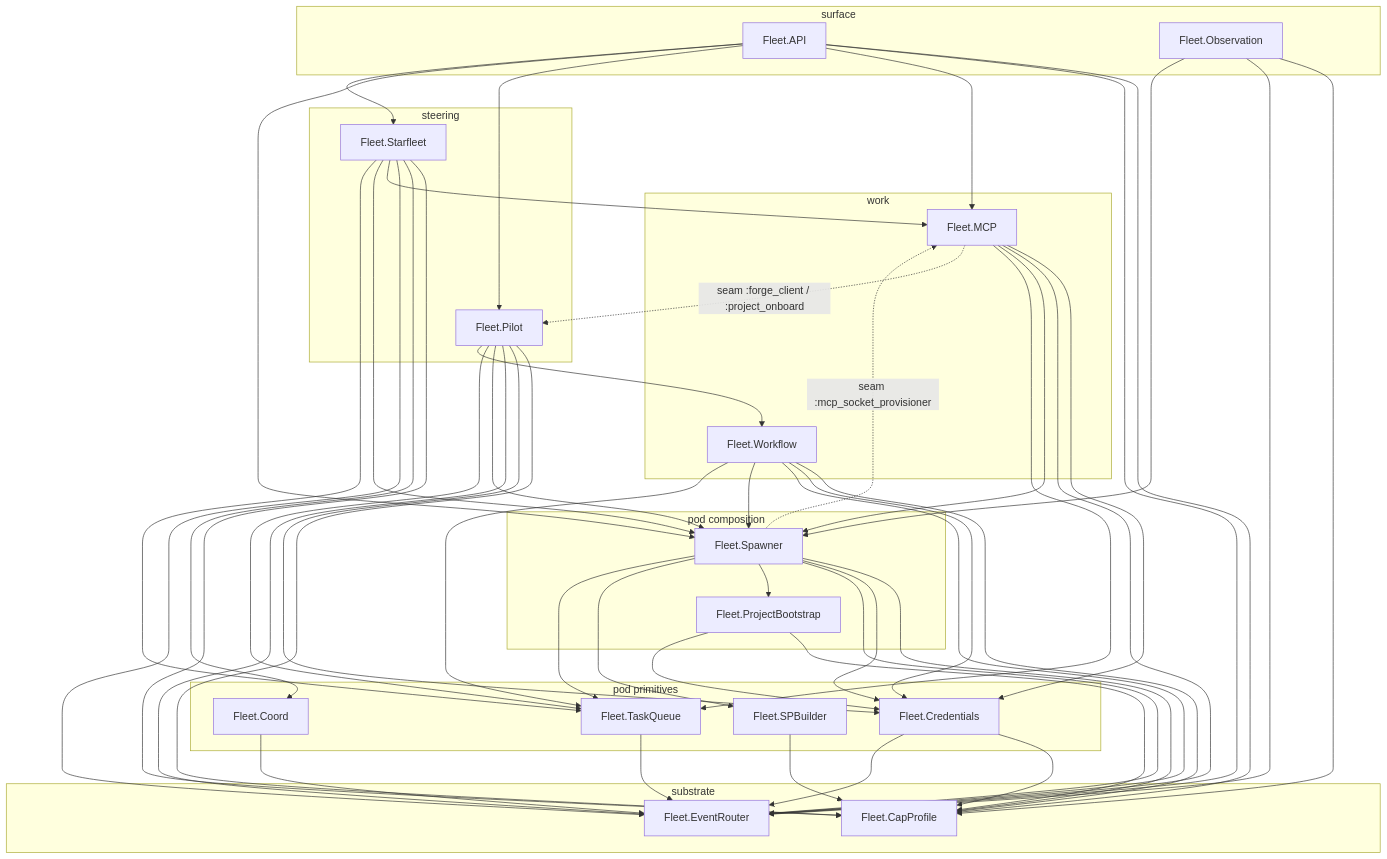
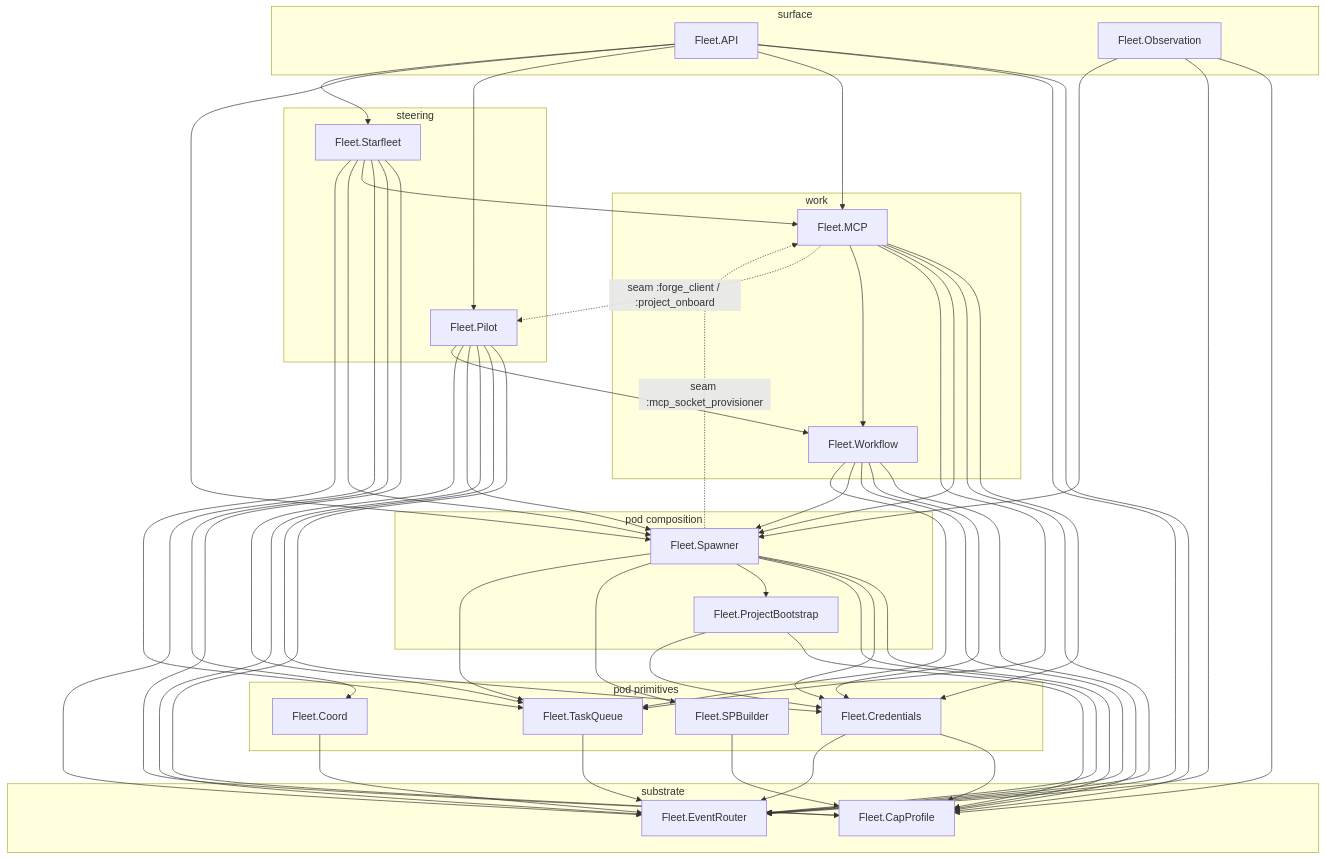
The diagram in fleet/runtime/README.md (zUrp-Embedded/LCARS-fleet), drawn with Mermaid before and after one commit. The commit also changed 16 other files, not shown here.

````diff
--- a/fleet/runtime/README.md
+++ b/fleet/runtime/README.md
@@ -30,74 +30,75 @@
 ```mermaid
 flowchart TB
     subgraph surface["surface"]
         Fleet_API["Fleet.API"]
         Fleet_Observation["Fleet.Observation"]
     end
     subgraph steering["steering"]
         Fleet_Pilot["Fleet.Pilot"]
         Fleet_Starfleet["Fleet.Starfleet"]
     end
     subgraph work["work"]
         Fleet_MCP["Fleet.MCP"]
         Fleet_Workflow["Fleet.Workflow"]
     end
     subgraph pod_composition["pod composition"]
         Fleet_ProjectBootstrap["Fleet.ProjectBootstrap"]
         Fleet_Spawner["Fleet.Spawner"]
     end
     subgraph pod_primitives["pod primitives"]
         Fleet_Coord["Fleet.Coord"]
         Fleet_Credentials["Fleet.Credentials"]
         Fleet_SPBuilder["Fleet.SPBuilder"]
         Fleet_TaskQueue["Fleet.TaskQueue"]
     end
     subgraph substrate["substrate"]
         Fleet_CapProfile["Fleet.CapProfile"]
         Fleet_EventRouter["Fleet.EventRouter"]
     end
     Fleet_API --> Fleet_CapProfile
     Fleet_API --> Fleet_EventRouter
     Fleet_API --> Fleet_MCP
     Fleet_API --> Fleet_Pilot
     Fleet_API --> Fleet_Spawner
     Fleet_API --> Fleet_Starfleet
     Fleet_Coord --> Fleet_EventRouter
     Fleet_Credentials --> Fleet_CapProfile
     Fleet_Credentials --> Fleet_EventRouter
     Fleet_MCP --> Fleet_Credentials
     Fleet_MCP --> Fleet_EventRouter
     Fleet_MCP --> Fleet_Spawner
     Fleet_MCP --> Fleet_TaskQueue
+    Fleet_MCP --> Fleet_Workflow
     Fleet_Observation --> Fleet_CapProfile
     Fleet_Observation --> Fleet_EventRouter
     Fleet_Observation --> Fleet_Spawner
     Fleet_Pilot --> Fleet_CapProfile
     Fleet_Pilot --> Fleet_Credentials
     Fleet_Pilot --> Fleet_EventRouter
     Fleet_Pilot --> Fleet_Spawner
     Fleet_Pilot --> Fleet_TaskQueue
     Fleet_Pilot --> Fleet_Workflow
     Fleet_ProjectBootstrap --> Fleet_CapProfile
     Fleet_ProjectBootstrap --> Fleet_Credentials
     Fleet_SPBuilder --> Fleet_CapProfile
     Fleet_Spawner --> Fleet_CapProfile
     Fleet_Spawner --> Fleet_Credentials
     Fleet_Spawner --> Fleet_EventRouter
     Fleet_Spawner --> Fleet_ProjectBootstrap
     Fleet_Spawner --> Fleet_SPBuilder
     Fleet_Spawner --> Fleet_TaskQueue
     Fleet_Starfleet --> Fleet_CapProfile
     Fleet_Starfleet --> Fleet_Coord
     Fleet_Starfleet --> Fleet_EventRouter
     Fleet_Starfleet --> Fleet_MCP
     Fleet_Starfleet --> Fleet_Spawner
     Fleet_Starfleet --> Fleet_TaskQueue
     Fleet_TaskQueue --> Fleet_EventRouter
     Fleet_Workflow --> Fleet_CapProfile
     Fleet_Workflow --> Fleet_Credentials
     Fleet_Workflow --> Fleet_EventRouter
     Fleet_Workflow --> Fleet_Spawner
     Fleet_Workflow --> Fleet_TaskQueue
     Fleet_Spawner -. "seam :mcp_socket_provisioner" .-> Fleet_MCP
     Fleet_MCP -. "seam :forge_client / :project_onboard" .-> Fleet_Pilot
 ```
````
